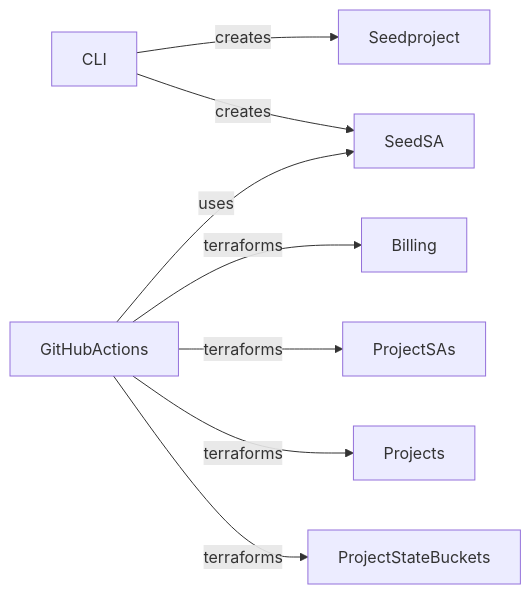
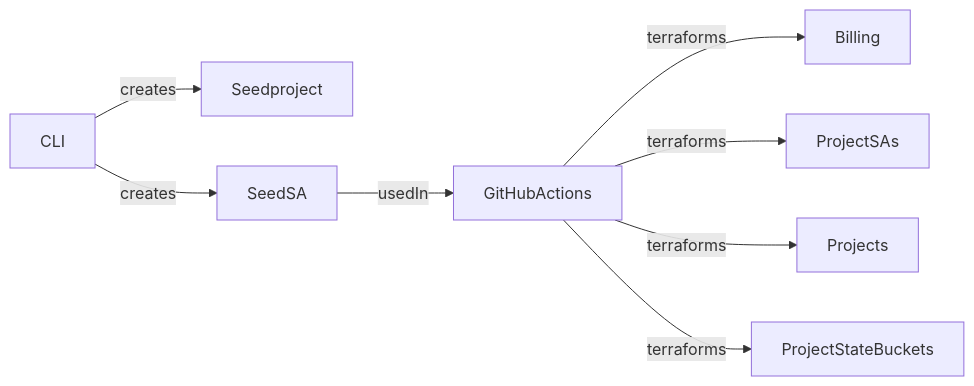
The second of 2 diagrams in README.md (koenighotze/koenighotze-gcp-base-setup), drawn with Mermaid before and after one commit.

Commit message:
Split automation and hosting in doc

````diff
--- a/README.md
+++ b/README.md
@@ -20,8 +20,8 @@
 ```mermaid
 graph LR;
     CLI-- creates -->Seedproject & SeedSA;
 
-    GitHubActions-- uses -->SeedSA;
+    SeedSA-- usedIn -->GitHubActions;
     GitHubActions-- terraforms -->Billing;
     GitHubActions-- terraforms -->ProjectSAs & Projects & ProjectStateBuckets;
 ```
````
